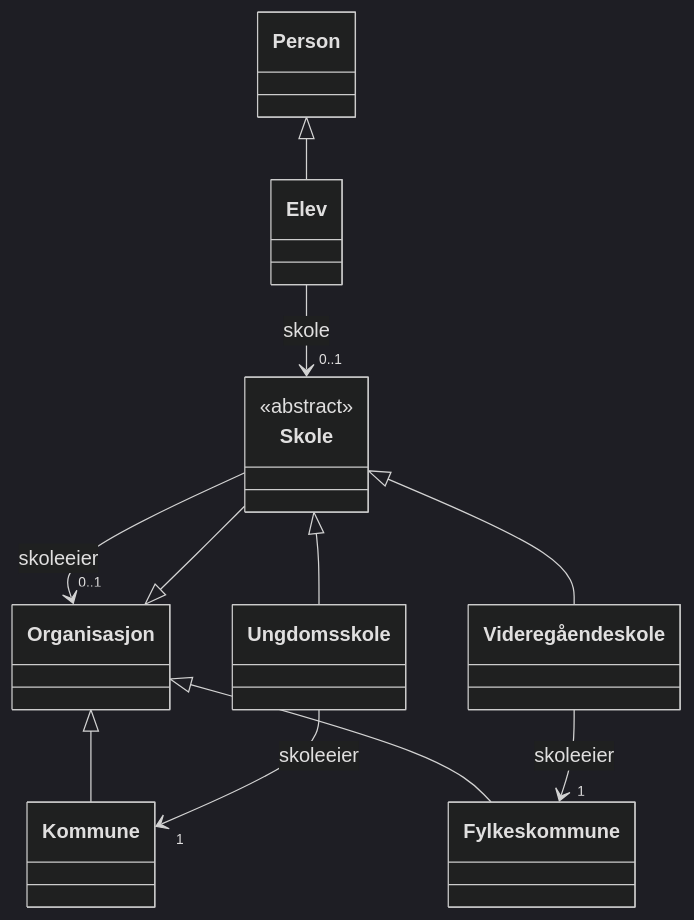
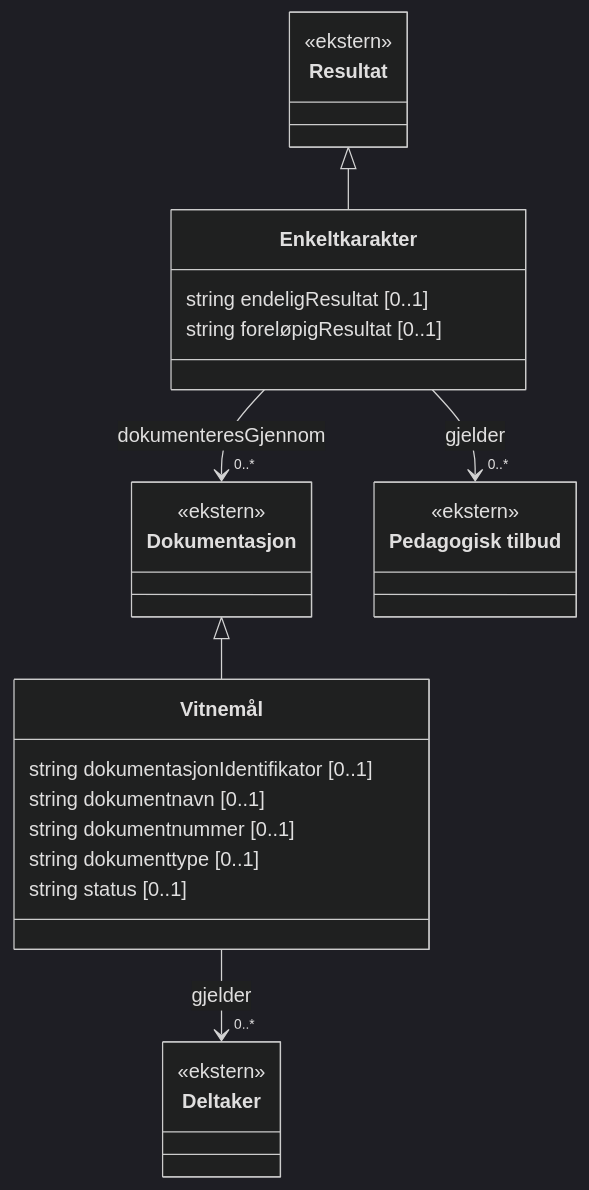
Before and after one commit to samt-x/information-models: the fourth of 4 diagrams in models/eksempel/linkml/domenemodell.md, drawn with Mermaid (dark theme). The commit also changed other lines of this file and 6 other files, not shown here.

````diff
--- a/models/eksempel/linkml/domenemodell.md
+++ b/models/eksempel/linkml/domenemodell.md
@@ -3,33 +187,34 @@
 ```mermaid
 classDiagram
     direction TB
-    class c0["Elev"] {
+    class c3["Enkeltkarakter"] {
+        string endeligResultat [0..1]
+        string foreløpigResultat [0..1]
     }
-    class c1["Fylkeskommune"] {
+    class c11["Vitnemål"] {
+        string dokumentasjonIdentifikator [0..1]
+        string dokumentnavn [0..1]
+        string dokumentnummer [0..1]
+        string dokumenttype [0..1]
+        string status [0..1]
     }
-    class c2["Kommune"] {
+    class c1["Deltaker"] {
+        <<ekstern>>
     }
-    class c3["Organisasjon"] {
+    class c2["Dokumentasjon"] {
+        <<ekstern>>
     }
-    class c4["Person"] {
+    class c7["Pedagogisk tilbud"] {
+        <<ekstern>>
     }
-    class c5["Skole"] {
-        <<abstract>>
-    }
-    class c6["Ungdomsskole"] {
-    }
-    class c7["Videregåendeskole"] {
+    class c8["Resultat"] {
+        <<ekstern>>
     }
 
-    c4 <|-- c0
-    c3 <|-- c1
-    c3 <|-- c2
-    c3 <|-- c5
-    c5 <|-- c6
-    c5 <|-- c7
+    c8 <|-- c3
+    c2 <|-- c11
 
-    c0 --> "0..1" c5 : skole
-    c5 --> "0..1" c3 : skoleeier
-    c6 --> "1" c2 : skoleeier
-    c7 --> "1" c1 : skoleeier
+    c3 --> "0..*" c2 : dokumenteresGjennom
+    c3 --> "0..*" c7 : gjelder
+    c11 --> "0..*" c1 : gjelder
 ```
````
